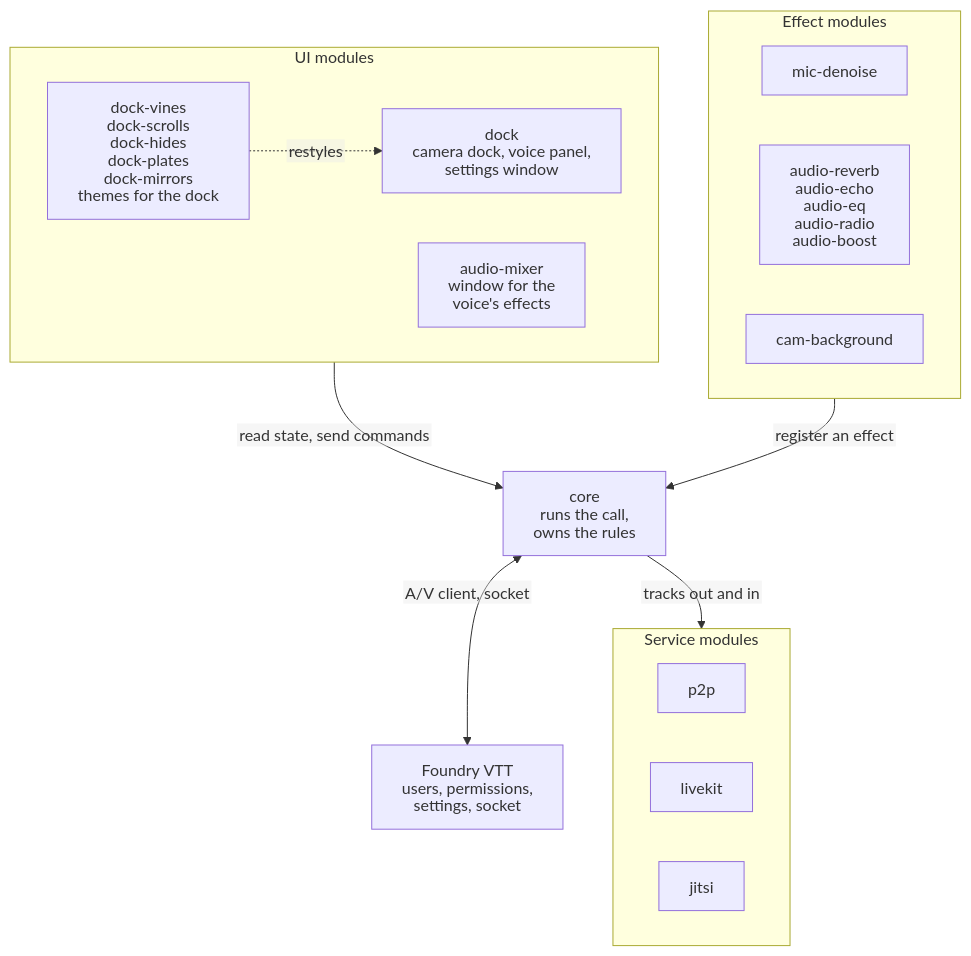
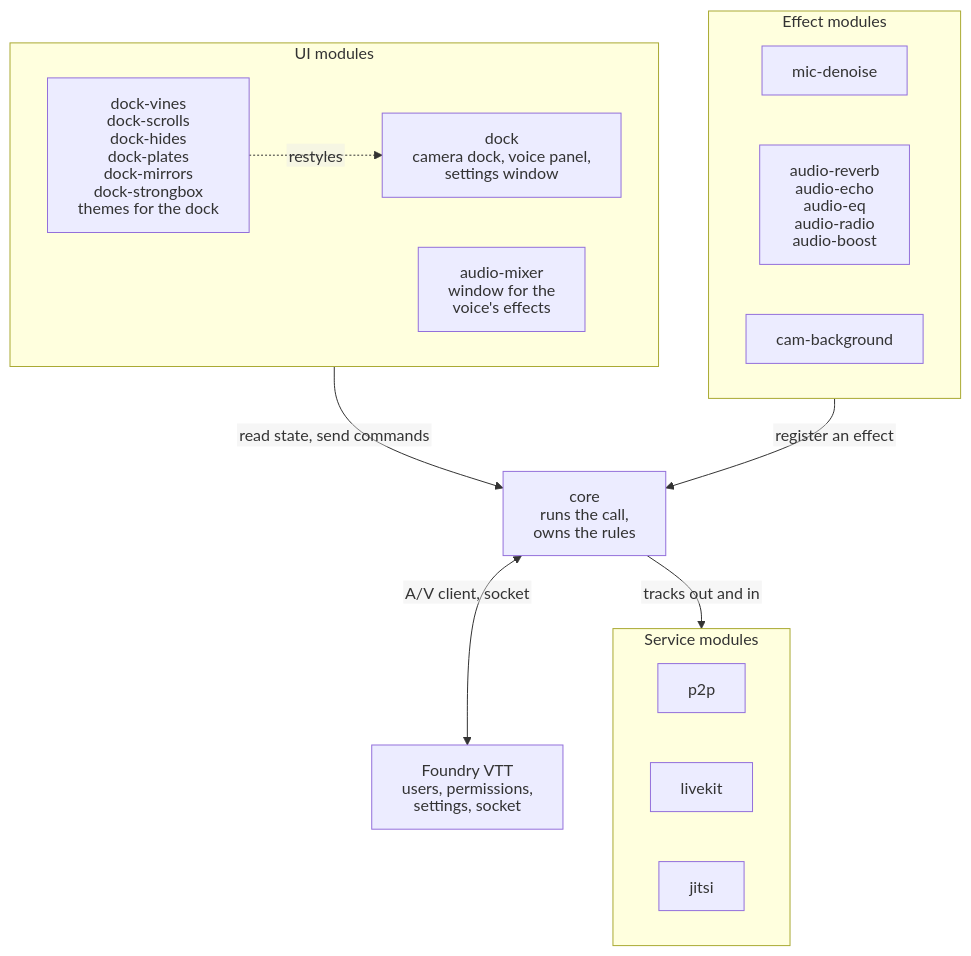
Before and after one commit to Affid/modular-av: the first of 5 diagrams in docs/ARCHITECTURE.md, drawn with Mermaid. The commit also changed other lines of this file and 79 other files, not shown here.

First line of the commit message:
feat(dock-strongbox): a sixth theme, Strongbox (a rogue's locked box) (#48)

````diff
--- a/docs/ARCHITECTURE.md
+++ b/docs/ARCHITECTURE.md
@@ -11,31 +11,31 @@
 ```mermaid
 %%{init: {"htmlLabels": false, "flowchart": {"htmlLabels": false}}}%%
 flowchart TB
   subgraph ui["UI modules"]
     dock["dock<br/>camera dock, voice panel,<br/>settings window"]
     mixer["audio-mixer<br/>window for the<br/>voice's effects"]
-    theme["dock-vines<br/>dock-scrolls<br/>dock-hides<br/>dock-plates<br/>dock-mirrors<br/>themes for the dock"]
+    theme["dock-vines<br/>dock-scrolls<br/>dock-hides<br/>dock-plates<br/>dock-mirrors<br/>dock-strongbox<br/>themes for the dock"]
   end
 
   subgraph effects["Effect modules"]
     denoise["mic-denoise"]
     voice["audio-reverb<br/>audio-echo<br/>audio-eq<br/>audio-radio<br/>audio-boost"]
     cambg["cam-background"]
   end
 
   core["core<br/>runs the call,<br/>owns the rules"]
 
   subgraph services["Service modules"]
     p2p["p2p"]
     livekit["livekit"]
     jitsi["jitsi"]
   end
 
   foundry["Foundry VTT<br/>users, permissions,<br/>settings, socket"]
 
   ui -- "read state, send commands" --> core
   effects -- "register an effect" --> core
   core -- "tracks out and in" --> services
   core <-- "A/V client, socket" --> foundry
   theme -. "restyles" .-> dock
 ```
````
